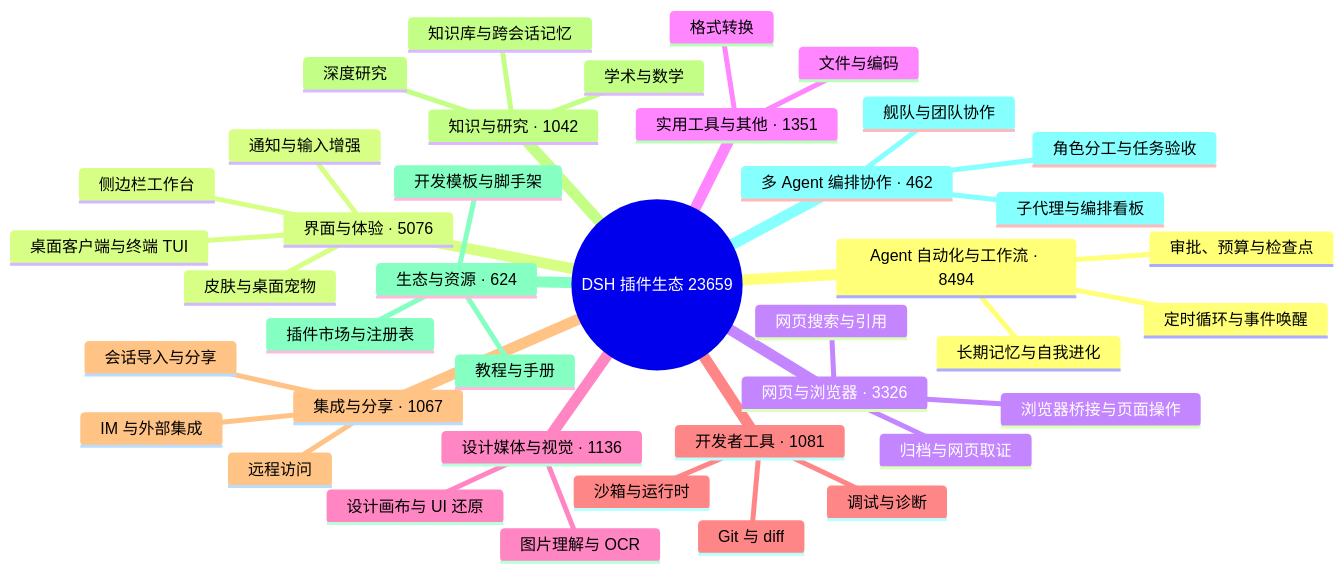
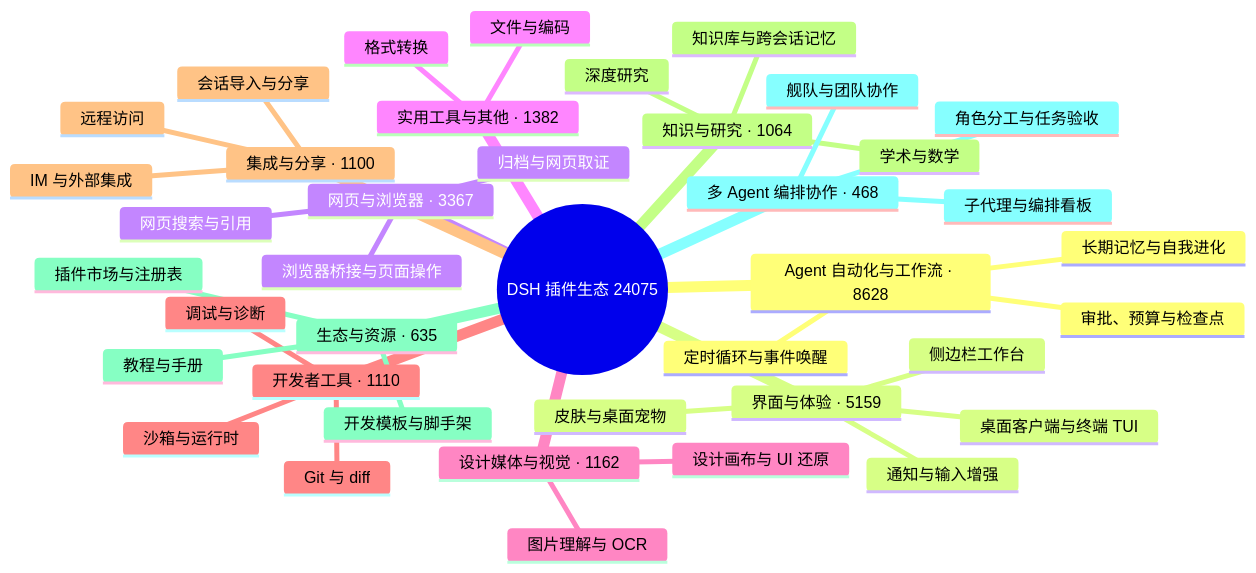
One commit to bruc3van/awesome-dsh-plugin changed the diagram in README.md. Above: the diagram before and after it, drawn with Mermaid. The commit also changed other lines of this file and 29 other files, not shown here.

````diff
--- a/README.md
+++ b/README.md
@@ -32,43 +32,43 @@
 ```mermaid
 mindmap
-  root((DSH 插件生态 23659))
-    Agent 自动化与工作流 · 8494
+  root((DSH 插件生态 24075))
+    Agent 自动化与工作流 · 8628
       定时循环与事件唤醒
       长期记忆与自我进化
       审批、预算与检查点
-    界面与体验 · 5076
+    界面与体验 · 5159
       桌面客户端与终端 TUI
       侧边栏工作台
       皮肤与桌面宠物
       通知与输入增强
-    网页与浏览器 · 3326
+    网页与浏览器 · 3367
       浏览器桥接与页面操作
       网页搜索与引用
       归档与网页取证
-    实用工具与其他 · 1351
+    实用工具与其他 · 1382
       文件与编码
       格式转换
-    设计媒体与视觉 · 1136
+    设计媒体与视觉 · 1162
       图片理解与 OCR
       设计画布与 UI 还原
-    开发者工具 · 1081
+    开发者工具 · 1110
       Git 与 diff
       沙箱与运行时
       调试与诊断
-    集成与分享 · 1067
+    集成与分享 · 1100
       会话导入与分享
       远程访问
       IM 与外部集成
-    知识与研究 · 1042
+    知识与研究 · 1064
       知识库与跨会话记忆
       深度研究
       学术与数学
-    生态与资源 · 624
+    生态与资源 · 635
       插件市场与注册表
       开发模板与脚手架
       教程与手册
-    多 Agent 编排协作 · 462
+    多 Agent 编排协作 · 468
       子代理与编排看板
       舰队与团队协作
       角色分工与任务验收
 ```
````
